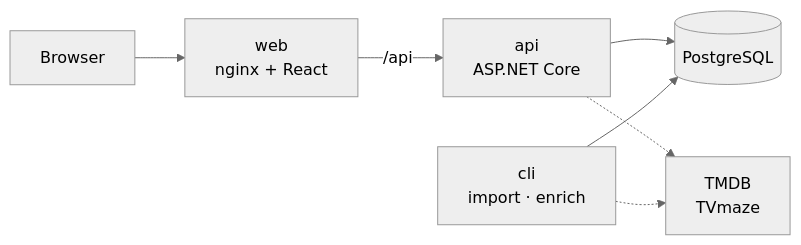
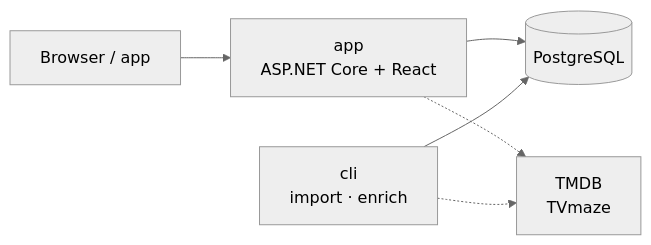
Before and after one commit to GabrielfSilveiraDev/reprise: the diagram in README.md, drawn with Mermaid (neutral theme). The commit also changed other lines of this file and 59 other files, not shown here.

````diff
--- a/README.md
+++ b/README.md
@@ -106,9 +151,8 @@
 ```mermaid
 flowchart LR
-    browser["Browser"] --> web["web<br/>nginx + React"]
-    web -- "/api" --> api["api<br/>ASP.NET Core"]
-    api --> db[("PostgreSQL")]
+    browser["Browser / app"] --> app["app<br/>ASP.NET Core + React"]
+    app --> db[("PostgreSQL")]
     cli["cli<br/>import · enrich"] --> db
-    api -.-> ext["TMDB<br/>TVmaze"]
+    app -.-> ext["TMDB<br/>TVmaze"]
     cli -.-> ext
 ```
````
